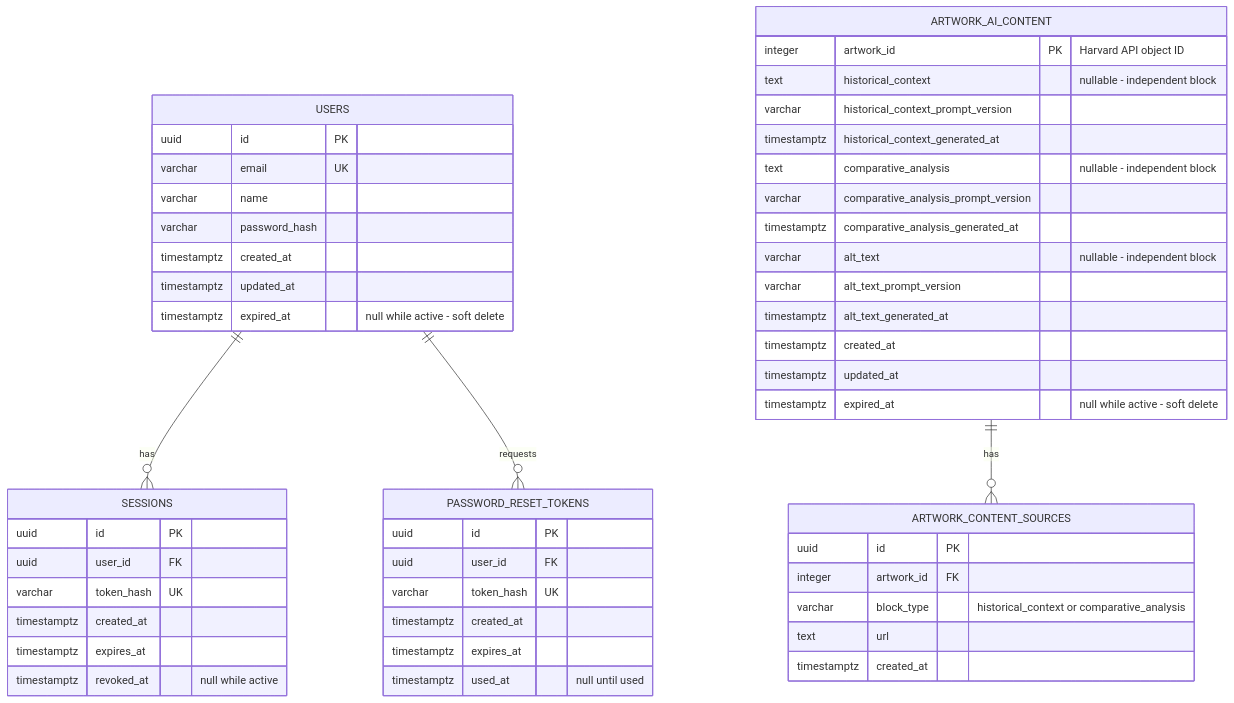
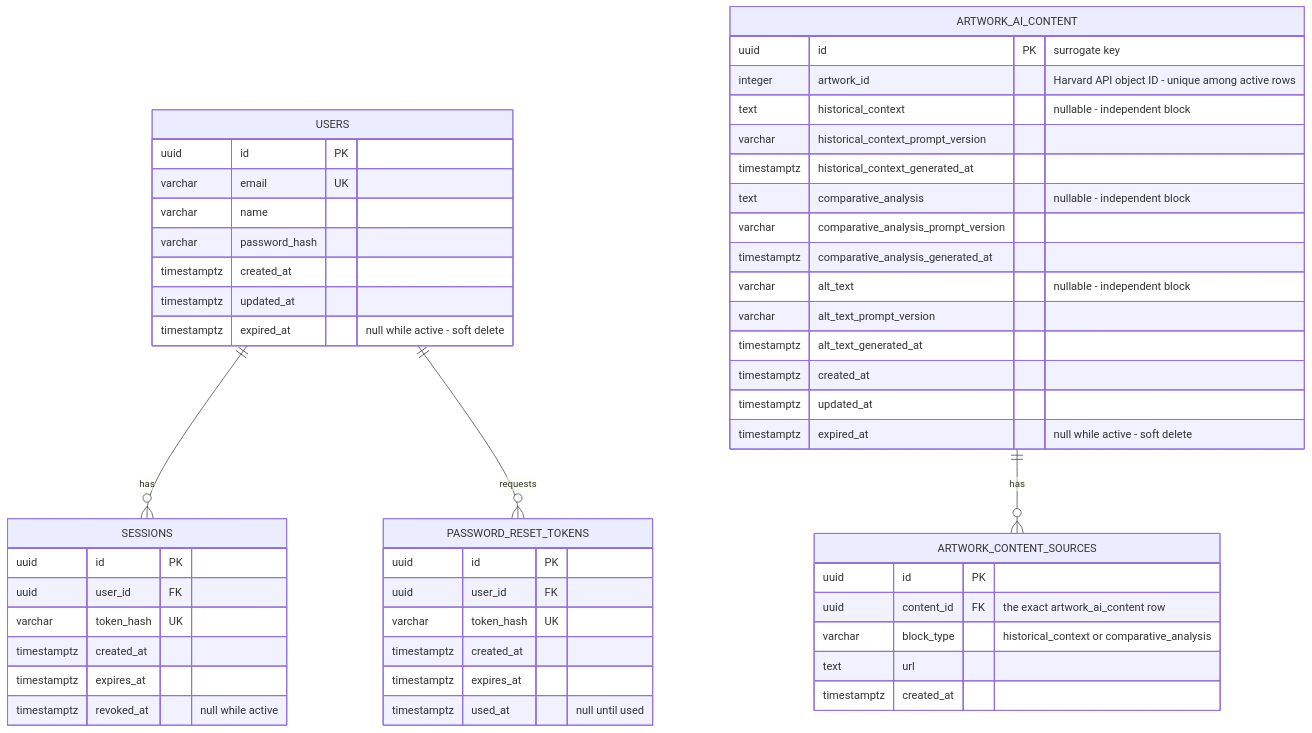
Before and after one commit to Jeferson-Filho/Art-Archive-Front-AI: the diagram in documentation/specs/05-database.md, drawn with Mermaid. The commit also changed other lines of this file and 4 other files, not shown here.

````diff
--- a/documentation/specs/05-database.md
+++ b/documentation/specs/05-database.md
@@ -32,58 +34,59 @@
 ```mermaid
 erDiagram
     USERS ||--o{ SESSIONS : has
     USERS ||--o{ PASSWORD_RESET_TOKENS : requests
     ARTWORK_AI_CONTENT ||--o{ ARTWORK_CONTENT_SOURCES : has
 
     USERS {
         uuid id PK
         varchar email UK
         varchar name
         varchar password_hash
         timestamptz created_at
         timestamptz updated_at
         timestamptz expired_at "null while active - soft delete"
     }
 
     SESSIONS {
         uuid id PK
         uuid user_id FK
         varchar token_hash UK
         timestamptz created_at
         timestamptz expires_at
         timestamptz revoked_at "null while active"
     }
 
     PASSWORD_RESET_TOKENS {
         uuid id PK
         uuid user_id FK
         varchar token_hash UK
         timestamptz created_at
         timestamptz expires_at
         timestamptz used_at "null until used"
     }
 
     ARTWORK_AI_CONTENT {
-        integer artwork_id PK "Harvard API object ID"
+        uuid id PK "surrogate key"
+        integer artwork_id "Harvard API object ID - unique among active rows"
         text historical_context "nullable - independent block"
         varchar historical_context_prompt_version
         timestamptz historical_context_generated_at
         text comparative_analysis "nullable - independent block"
         varchar comparative_analysis_prompt_version
         timestamptz comparative_analysis_generated_at
         varchar alt_text "nullable - independent block"
         varchar alt_text_prompt_version
         timestamptz alt_text_generated_at
         timestamptz created_at
         timestamptz updated_at
         timestamptz expired_at "null while active - soft delete"
     }
 
     ARTWORK_CONTENT_SOURCES {
         uuid id PK
-        integer artwork_id FK
+        uuid content_id FK "the exact artwork_ai_content row"
         varchar block_type "historical_context or comparative_analysis"
         text url
         timestamptz created_at
     }
 ```
````
